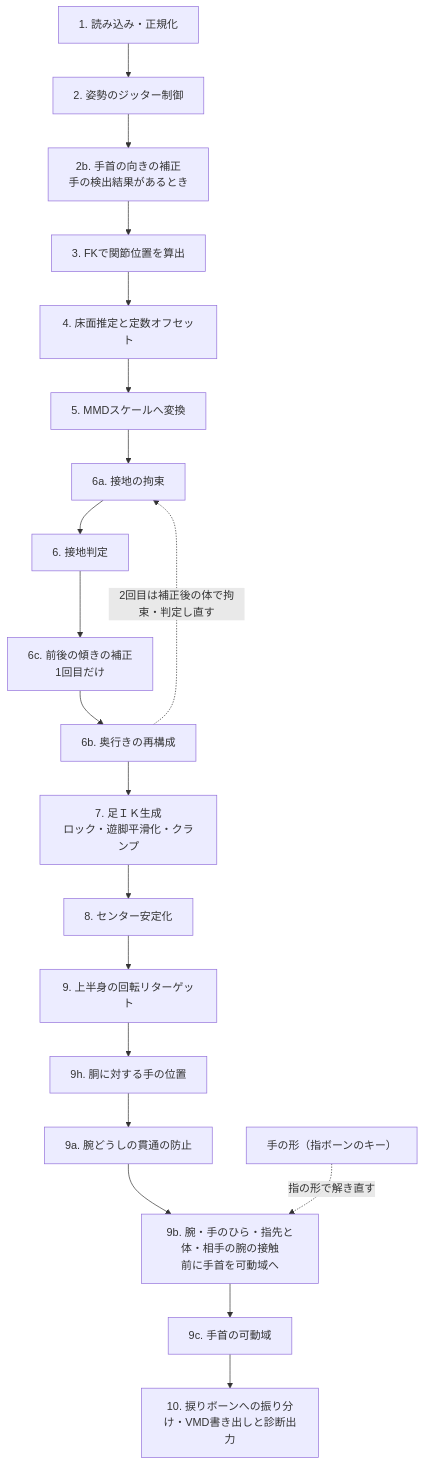
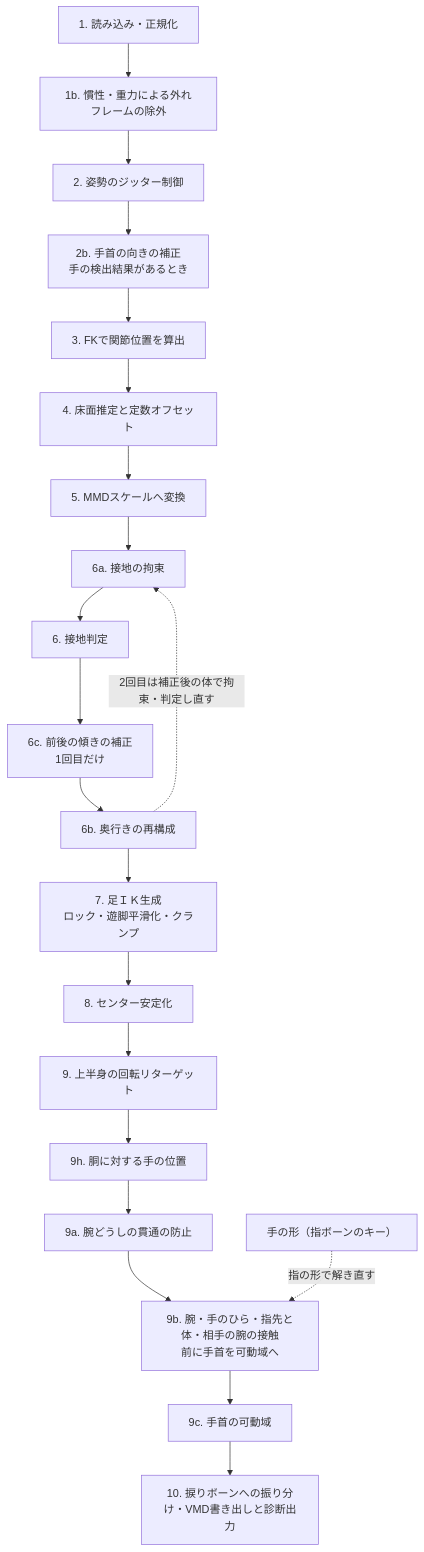
Before and after one commit to yamak493/nlf: the diagram in vmd.md, drawn with Mermaid. The commit also changed other lines of this file and 7 other files, not shown here.

````diff
--- a/vmd.md
+++ b/vmd.md
@@ -7,22 +7,23 @@
 ```mermaid
 flowchart TD
-  A[1. 読み込み・正規化] --> B[2. 姿勢のジッター制御]
+  A[1. 読み込み・正規化] --> A2[1b. 慣性・重力による外れフレームの除外]
+  A2 --> B[2. 姿勢のジッター制御]
   B --> B2[2b. 手首の向きの補正<br/>手の検出結果があるとき]
   B2 --> C[3. FKで関節位置を算出]
   C --> D[4. 床面推定と定数オフセット]
   D --> E[5. MMDスケールへ変換]
   E --> F0[6a. 接地の拘束]
   F0 --> F[6. 接地判定]
   F --> F3[6c. 前後の傾きの補正<br/>1回目だけ]
   F3 --> F2[6b. 奥行きの再構成]
   F2 -. 2回目は補正後の体で拘束・判定し直す .-> F0
   F2 --> G[7. 足ＩＫ生成<br/>ロック・遊脚平滑化・クランプ]
   G --> H[8. センター安定化]
   H --> I[9. 上半身の回転リターゲット]
   I --> I1[9h. 胴に対する手の位置]
   I1 --> I2[9a. 腕どうしの貫通の防止]
   I2 --> I3[9b. 腕・手のひら・指先と体・相手の腕の接触<br/>前に手首を可動域へ]
   I3 --> I4[9c. 手首の可動域]
   I4 --> J[10. 捩りボーンへの振り分け・VMD書き出しと診断出力]
   K[手の形（指ボーンのキー）] -. 指の形で解き直す .-> I3
 ```
````
